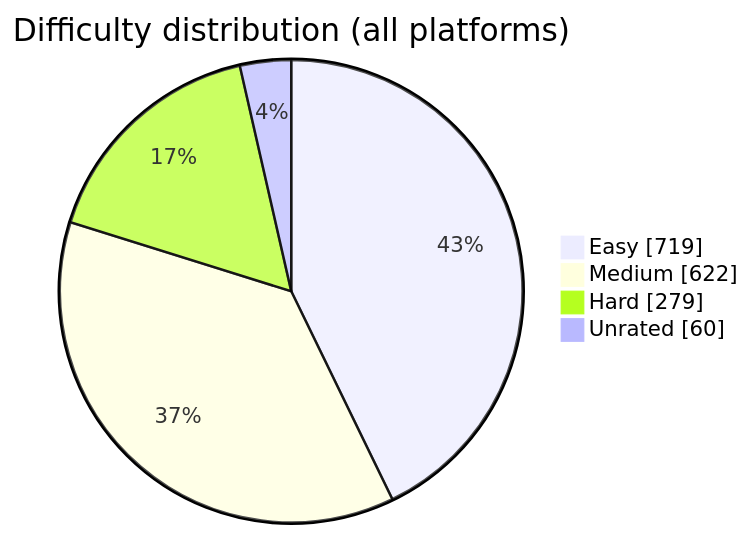
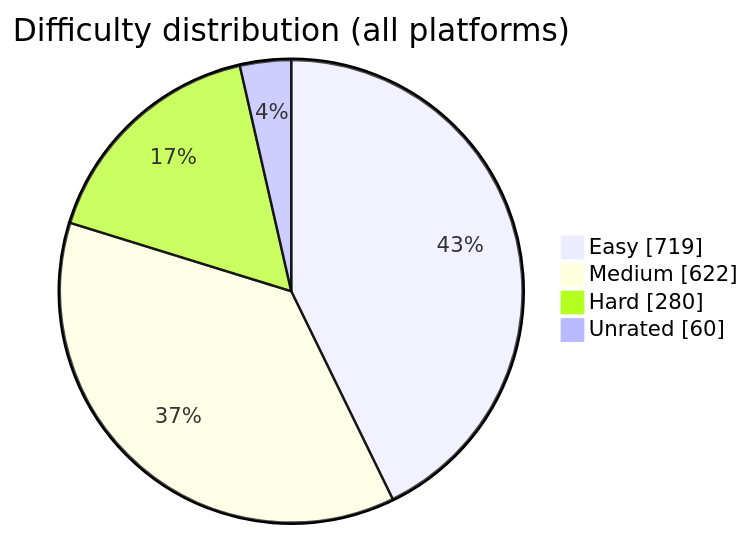
The diagram in README.md (BuildbyArindam/Daily-Coding-Log), drawn with Mermaid before and after one commit. The commit also changed other lines of this file, not shown here.

````diff
--- a/README.md
+++ b/README.md
@@ -93,7 +93,7 @@
 ```mermaid
 pie showData title Difficulty distribution (all platforms)
     "Easy" : 719
     "Medium" : 622
-    "Hard" : 279
+    "Hard" : 280
     "Unrated" : 60
 ```
````
